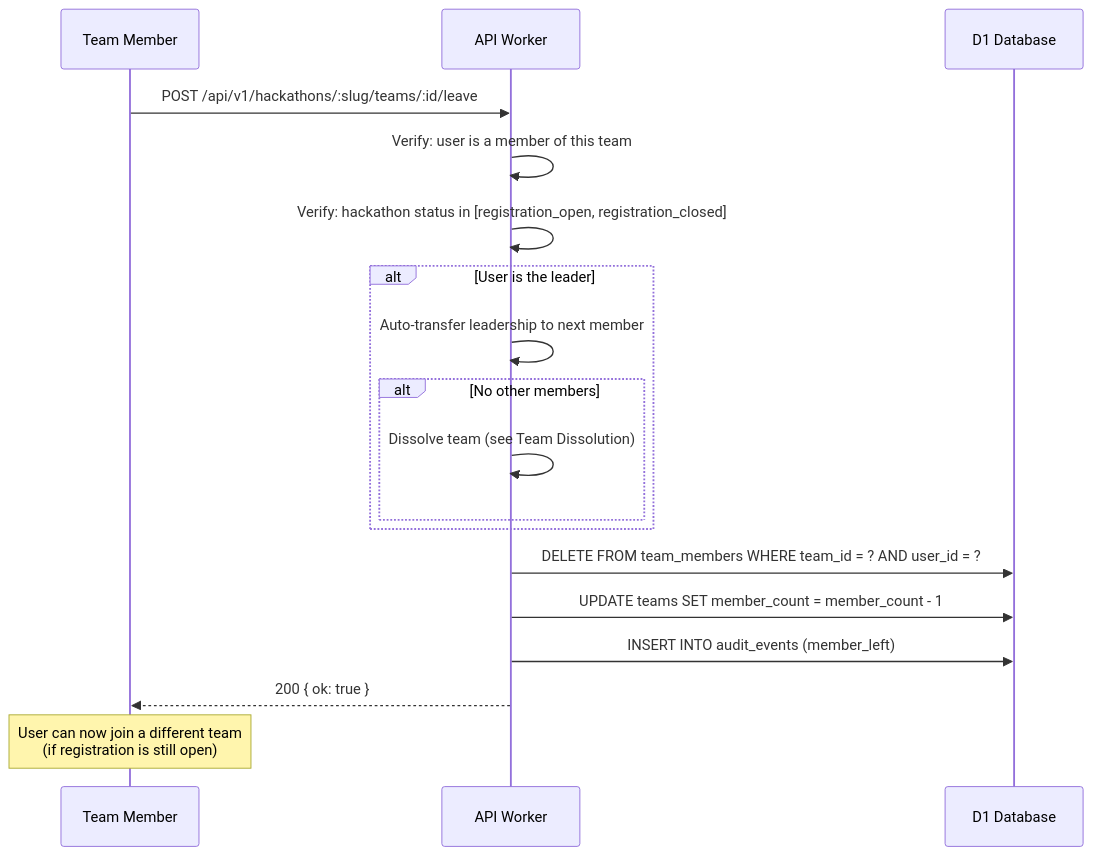
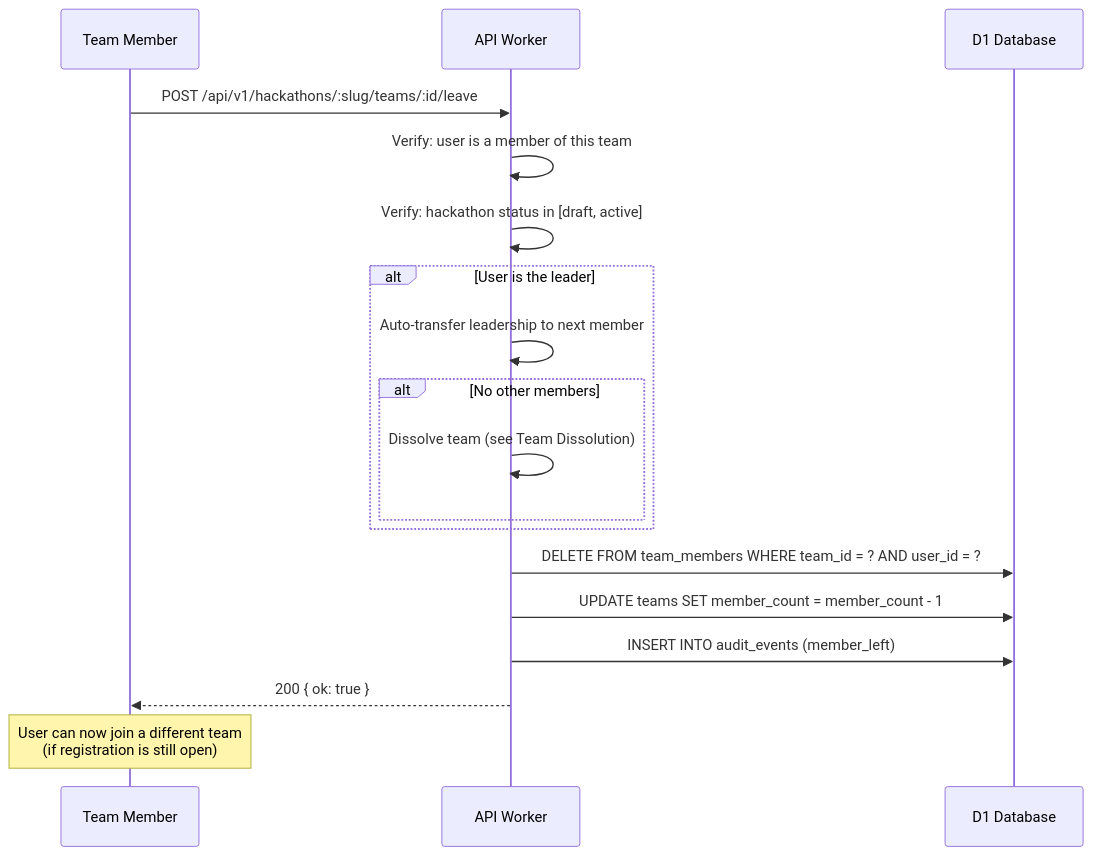
Before and after one commit to devangshupandey2025-stack/DevSage: the tenth of 11 diagrams in docs/v3/planned/team-management.md, drawn with Mermaid. The commit also changed other lines of this file, not shown here.

````diff
--- a/docs/v3/planned/team-management.md
+++ b/docs/v3/planned/team-management.md
@@ -477,24 +371,24 @@
 ```mermaid
 sequenceDiagram
     participant U as Team Member
     participant W as API Worker
     participant D1 as D1 Database
 
     U->>W: POST /api/v1/hackathons/:slug/teams/:id/leave
     W->>W: Verify: user is a member of this team
-    W->>W: Verify: hackathon status in [registration_open, registration_closed]
+    W->>W: Verify: hackathon status in [draft, active]
 
     alt User is the leader
         W->>W: Auto-transfer leadership to next member
         alt No other members
             W->>W: Dissolve team (see Team Dissolution)
         end
     end
 
     W->>D1: DELETE FROM team_members WHERE team_id = ? AND user_id = ?
     W->>D1: UPDATE teams SET member_count = member_count - 1
     W->>D1: INSERT INTO audit_events (member_left)
     W-->>U: 200 { ok: true }
     
     Note over U: User can now join a different team<br/>(if registration is still open)
 ```
````
